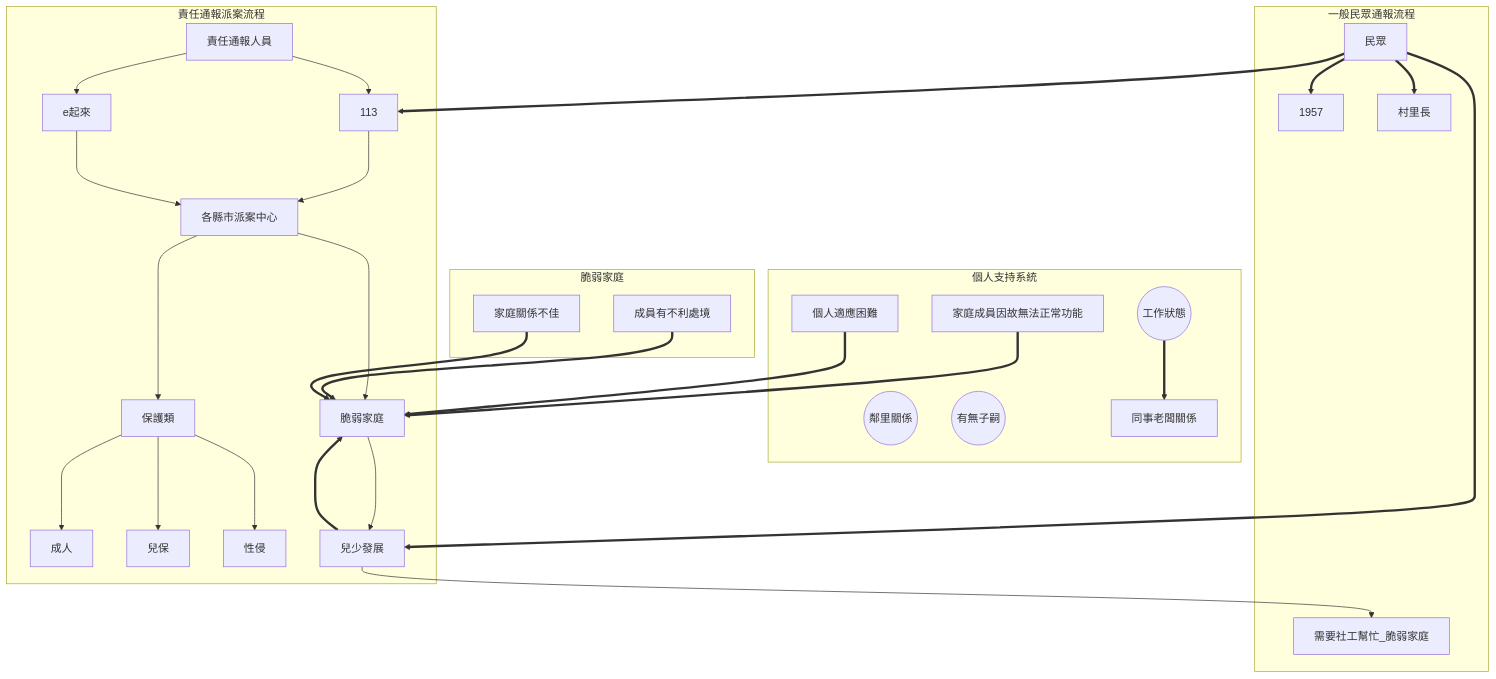
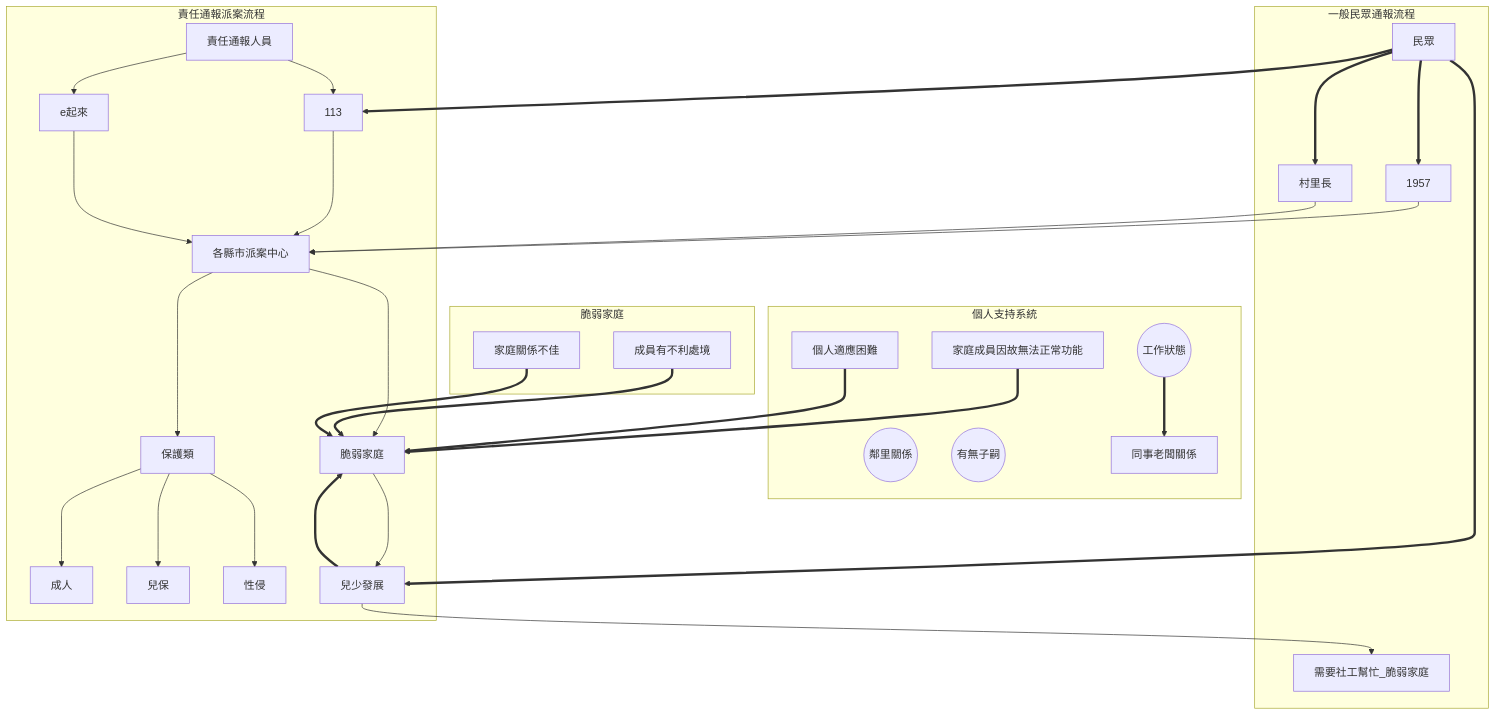
One commit to bridgerhung/wiki_NYUST changed the diagram in src/pages/family-center.md. Above: the diagram before and after it, drawn with Mermaid.

````diff
--- a/src/pages/family-center.md
+++ b/src/pages/family-center.md
@@ -5,39 +5,40 @@
 ```mermaid
 flowchart TD
 
     subgraph 個人支持系統
     XX((鄰里關係))
     EE((原生家庭))
     GG((有無子嗣))
     NN((工作狀態)) ==> 同事老闆關係
     AA((其他社會支持系統))
     end
 
     subgraph  責任通報派案流程
     A[責任通報人員] --> B[113]
     A --> C[e起來] 
     B  ---> D[各縣市派案中心] 
     C ---> D
     D ---> E[保護類]
     E ---> 成人
     E ---> 兒保
     E ---> 性侵
     D ---> F[脆弱家庭]
     F ---> DD{社福中心} 
     end
 
     subgraph 一般民眾通報流程 
     id1[民眾] ==> B[113]
-    id1 ==> 1957
-    id1 ==> 村里長
+    id1 ==> 1957 -->D
+    id1 ==> 村里長 -->D
     id1 ==> DD{社福中心} --> 需要社工幫忙_脆弱家庭
     end
    
     subgraph  脆弱家庭
     AA[家庭成員因故無法正常功能]==>F[脆弱家庭]
     BB[成員有不利處境]==>F
     CC[家庭關係不佳]==>F
     DD[兒少發展]==>F
     EE[個人適應困難]==>F
     end
+
 ```
````
